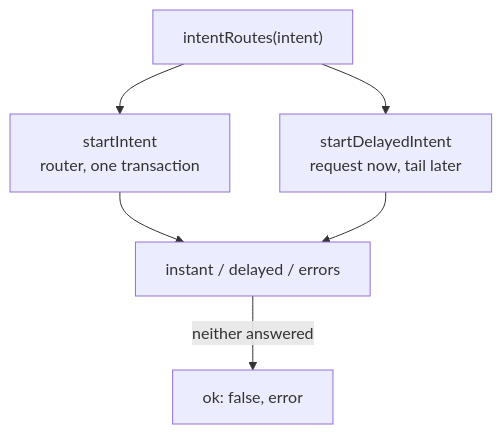
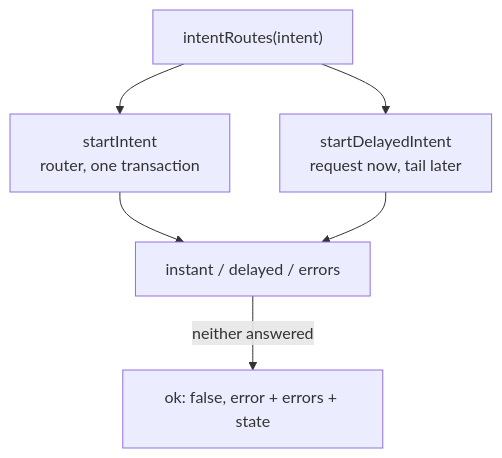
The third of 3 diagrams in docs/intents/README.md (Gearbox-protocol/sdk), drawn with Mermaid before and after one commit. The commit also changed other lines of this file and 11 other files, not shown here.

````diff
--- a/docs/intents/README.md
+++ b/docs/intents/README.md
@@ -217,8 +230,8 @@
 ```mermaid
 flowchart TD
   r["intentRoutes(intent)"] --> i["startIntent<br/>router, one transaction"]
   r --> d["startDelayedIntent<br/>request now, tail later"]
   i --> res["instant / delayed / errors"]
   d --> res
-  res -->|"neither answered"| no["ok: false, error"]
+  res -->|"neither answered"| no["ok: false, error + errors + state"]
 ```
````
